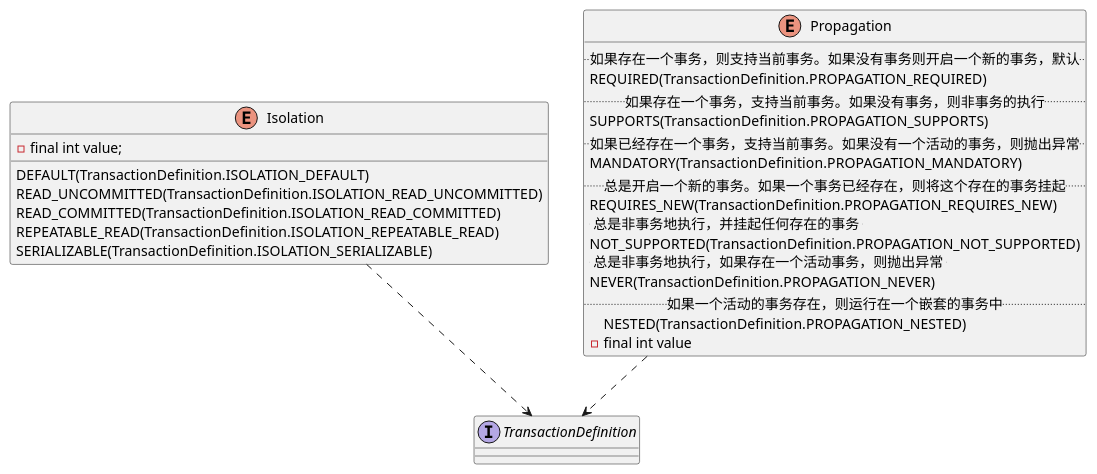
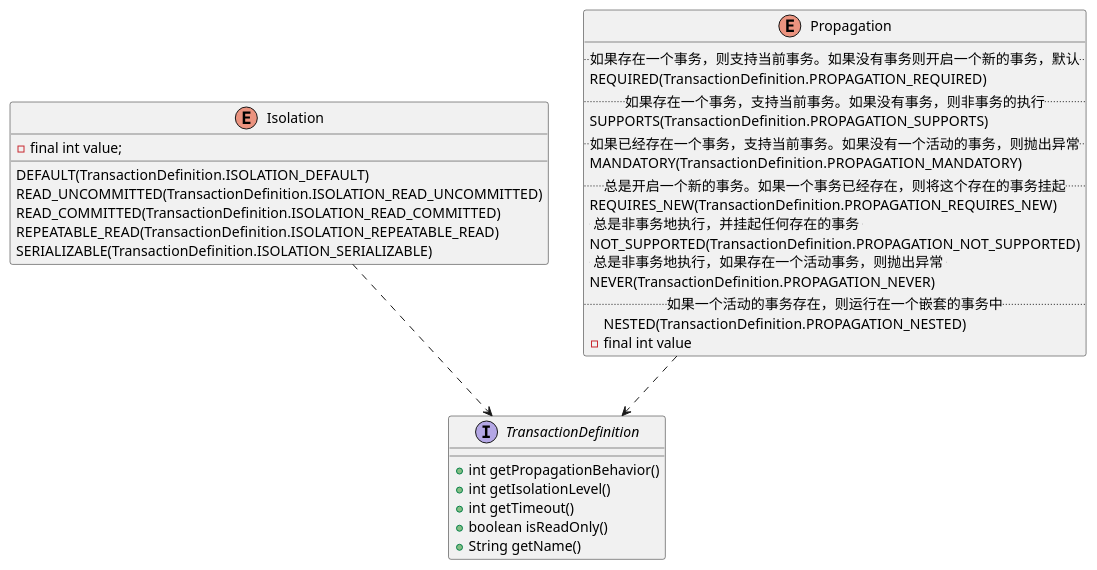
One commit to onlyonion/development changed the diagram in 20-framework/src/spring/spring-tx/transaction/TransactionDefinition.md. Above: the diagram before and after it, drawn with PlantUML. The commit also changed 36 other files, not shown here.

````diff
--- a/20-framework/src/spring/spring-tx/transaction/TransactionDefinition.md
+++ b/20-framework/src/spring/spring-tx/transaction/TransactionDefinition.md
@@ -5,40 +5,44 @@
 ```plantuml
 @startuml
 
 interface TransactionDefinition {
-
+    + int getPropagationBehavior()
+    + int getIsolationLevel()
+    + int getTimeout()
+    + boolean isReadOnly()
+    + String getName()
 }
 
 enum Isolation {
 	DEFAULT(TransactionDefinition.ISOLATION_DEFAULT)
 	READ_UNCOMMITTED(TransactionDefinition.ISOLATION_READ_UNCOMMITTED)
 	READ_COMMITTED(TransactionDefinition.ISOLATION_READ_COMMITTED)
 	REPEATABLE_READ(TransactionDefinition.ISOLATION_REPEATABLE_READ)
 	SERIALIZABLE(TransactionDefinition.ISOLATION_SERIALIZABLE)
 	- final int value;
 }
 
 enum Propagation {
 	.. 如果存在一个事务，则支持当前事务。如果没有事务则开启一个新的事务，默认 ..
 	REQUIRED(TransactionDefinition.PROPAGATION_REQUIRED)
 	.. 如果存在一个事务，支持当前事务。如果没有事务，则非事务的执行 ..
 	SUPPORTS(TransactionDefinition.PROPAGATION_SUPPORTS)
 	.. 如果已经存在一个事务，支持当前事务。如果没有一个活动的事务，则抛出异常 ..
 	MANDATORY(TransactionDefinition.PROPAGATION_MANDATORY)
 	.. 总是开启一个新的事务。如果一个事务已经存在，则将这个存在的事务挂起 ..
 	REQUIRES_NEW(TransactionDefinition.PROPAGATION_REQUIRES_NEW)
     .. 总是非事务地执行，并挂起任何存在的事务 ..
     NOT_SUPPORTED(TransactionDefinition.PROPAGATION_NOT_SUPPORTED)
 	.. 总是非事务地执行，如果存在一个活动事务，则抛出异常 .. 
 	NEVER(TransactionDefinition.PROPAGATION_NEVER)
 	.. 如果一个活动的事务存在，则运行在一个嵌套的事务中 ..
 	'' 如果没有活动事务, 则按TransactionDefinition.PROPAGATION_REQUIRED 属性执行
 	NESTED(TransactionDefinition.PROPAGATION_NESTED)
 	- final int value
 }
 
 Isolation ..> TransactionDefinition
 Propagation ..> TransactionDefinition
 
 @enduml
 ```
````
